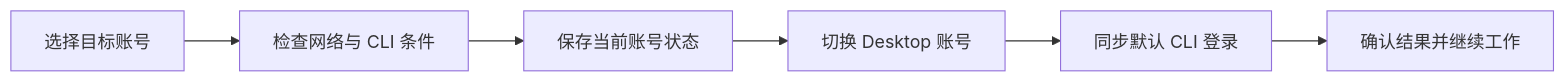
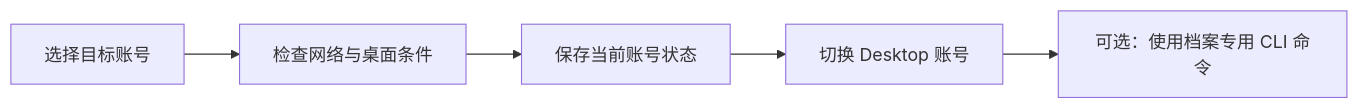
The diagram in README.md (liuquanqing/claude-switcher), drawn with Mermaid before and after one commit. The commit also changed other lines of this file and 15 other files, not shown here.

````diff
--- a/README.md
+++ b/README.md
@@ -97,8 +97,7 @@
 ```mermaid
 flowchart LR
-    A[选择目标账号] --> B[检查网络与 CLI 条件]
+    A[选择目标账号] --> B[检查网络与桌面条件]
     B --> C[保存当前账号状态]
     C --> D[切换 Desktop 账号]
-    D --> E[同步默认 CLI 登录]
-    E --> F[确认结果并继续工作]
+    D --> E[可选：使用档案专用 CLI 命令]
 ```
````
